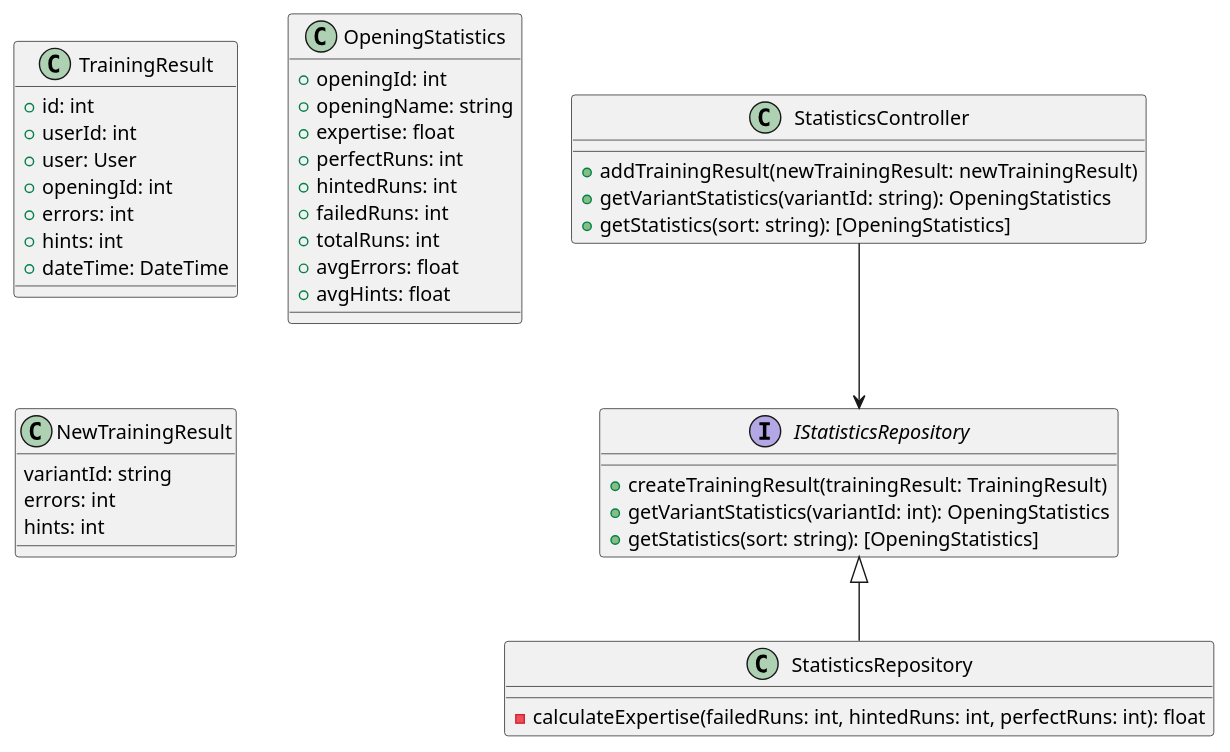
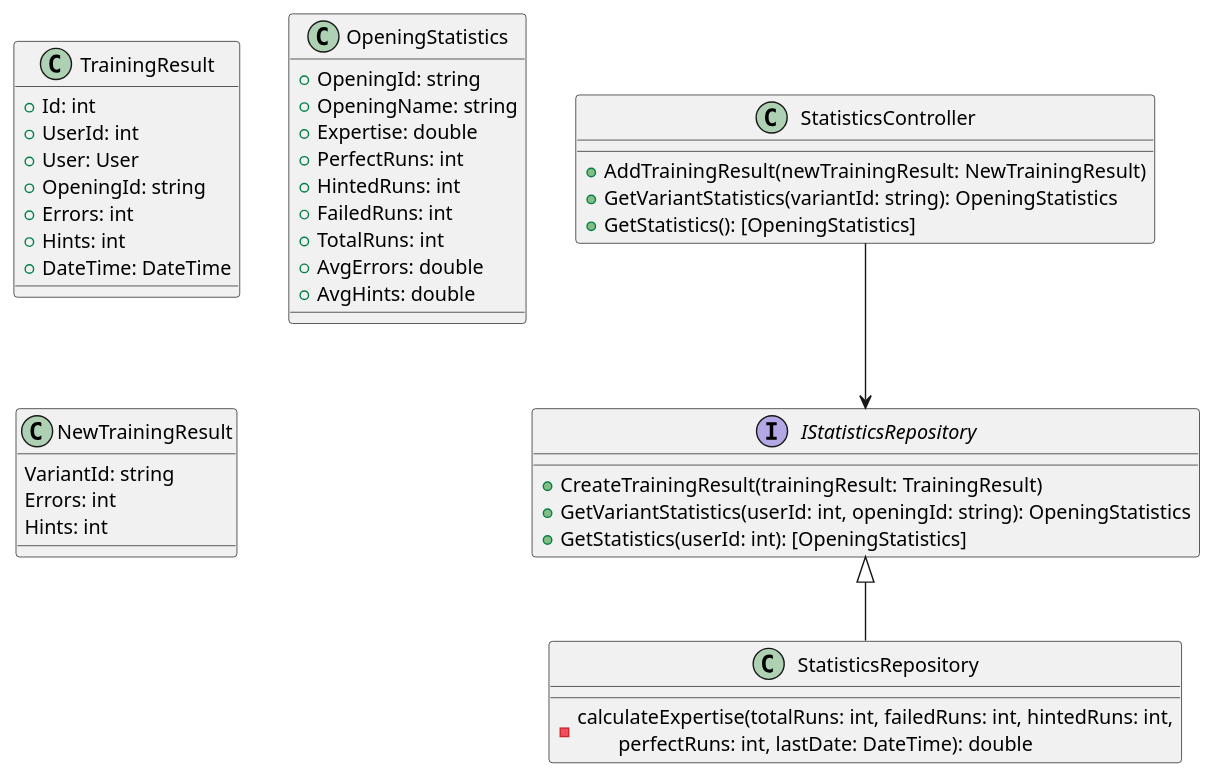
Before and after one commit to MaarxS/chess-opening-training-paper: the diagram in images/diagrams/stats.puml, drawn with PlantUML. The commit also changed 23 other files, not shown here.

```diff
--- a/images/diagrams/stats.puml
+++ b/images/diagrams/stats.puml
@@ -1,43 +1,48 @@
 @startuml
+<style>
+element {
+    FontName Arial
+}
+</style>
 class TrainingResult {
-    + id: int
-    + userId: int
-    + user: User
-    + openingId: int
-    + errors: int
-    + hints: int
-    + dateTime: DateTime
+    + Id: int
+    + UserId: int
+    + User: User
+    + OpeningId: string
+    + Errors: int
+    + Hints: int
+    + DateTime: DateTime
 }
 class OpeningStatistics {
-    + openingId: int
-    + openingName: string
-    + expertise: float
-    + perfectRuns: int
-    + hintedRuns: int
-    + failedRuns: int
-    + totalRuns: int
-    + avgErrors: float
-    + avgHints: float
+    + OpeningId: string
+    + OpeningName: string
+    + Expertise: double
+    + PerfectRuns: int
+    + HintedRuns: int
+    + FailedRuns: int
+    + TotalRuns: int
+    + AvgErrors: double
+    + AvgHints: double
 }
 class NewTrainingResult {
-    variantId: string
-    errors: int
-    hints: int
+    VariantId: string
+    Errors: int
+    Hints: int
 }
 class StatisticsController {
-    + addTrainingResult(newTrainingResult: newTrainingResult)
-    + getVariantStatistics(variantId: string): OpeningStatistics
-    + getStatistics(sort: string): [OpeningStatistics]
+    + AddTrainingResult(newTrainingResult: NewTrainingResult)
+    + GetVariantStatistics(variantId: string): OpeningStatistics
+    + GetStatistics(): [OpeningStatistics]
 }
 interface IStatisticsRepository {
-    + createTrainingResult(trainingResult: TrainingResult)
-    + getVariantStatistics(variantId: int): OpeningStatistics
-    + getStatistics(sort: string): [OpeningStatistics]
+    + CreateTrainingResult(trainingResult: TrainingResult)
+    + GetVariantStatistics(userId: int, openingId: string): OpeningStatistics
+    + GetStatistics(userId: int): [OpeningStatistics]
 }
 class StatisticsRepository {
-    - calculateExpertise(failedRuns: int, hintedRuns: int, perfectRuns: int): float
+    - calculateExpertise(totalRuns: int, failedRuns: int, hintedRuns: int,\n\tperfectRuns: int, lastDate: DateTime): double
 }
 
 StatisticsController --> IStatisticsRepository
 IStatisticsRepository <|-- StatisticsRepository
 @enduml
```
